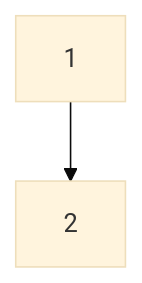
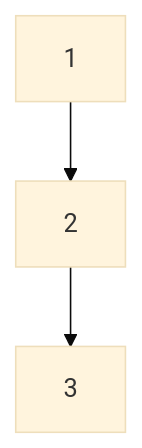
One commit to webstrik3r/dragon changed the diagram in README.md. Above: the diagram before and after it, drawn with Mermaid (base theme).

Commit message:
Updated the graph

````diff
--- a/README.md
+++ b/README.md
@@ -3,7 +3,8 @@
 ```mermaid
 
 graph TD;
 
 1 --> 2;
+2 --> 3;
 
 ```
````
